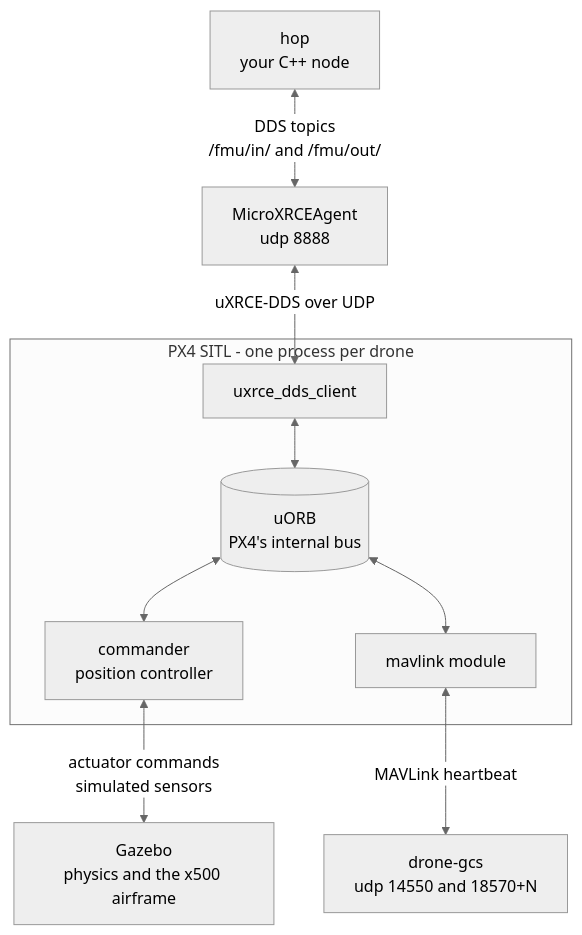
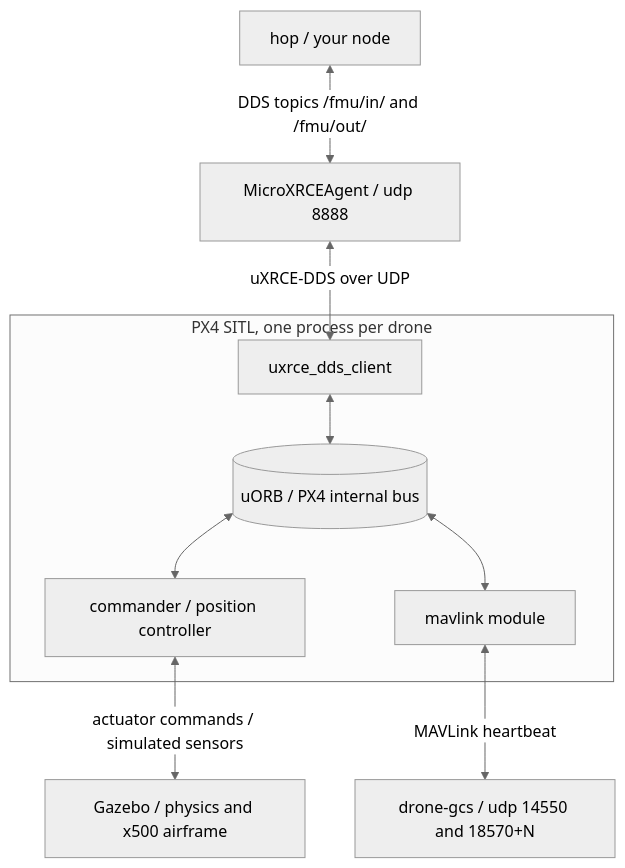
Before and after one commit to VIP-FLIE/DroneSwarming: the diagram in docs/simulation/HOW-IT-WORKS.md, drawn with Mermaid (neutral theme). The commit also changed other lines of this file and 28 other files, not shown here.

````diff
--- a/docs/simulation/HOW-IT-WORKS.md
+++ b/docs/simulation/HOW-IT-WORKS.md
@@ -47,22 +101,22 @@
 ```mermaid
 flowchart TB
-    node["hop<br/>your C++ node"]
-    agent["MicroXRCEAgent<br/>udp 8888"]
-    gcs["drone-gcs<br/>udp 14550 and 18570+N"]
-    gz["Gazebo<br/>physics and the x500 airframe"]
+    node["hop / your node"]
+    agent["MicroXRCEAgent / udp 8888"]
+    gcs["drone-gcs / udp 14550 and 18570+N"]
+    gz["Gazebo / physics and x500 airframe"]
 
-    subgraph px4 ["PX4 SITL - one process per drone"]
+    subgraph px4 ["PX4 SITL, one process per drone"]
         client["uxrce_dds_client"]
-        uorb[("uORB<br/>PX4's internal bus")]
-        stack["commander<br/>position controller"]
+        uorb[("uORB / PX4 internal bus")]
+        stack["commander / position controller"]
         mav["mavlink module"]
     end
 
-    node <-->|"DDS topics<br/>/fmu/in/ and /fmu/out/"| agent
+    node <-->|"DDS topics /fmu/in/ and /fmu/out/"| agent
     agent <-->|"uXRCE-DDS over UDP"| client
     client <--> uorb
     uorb <--> stack
     uorb <--> mav
     mav <-->|"MAVLink heartbeat"| gcs
-    stack <-->|"actuator commands<br/>simulated sensors"| gz
+    stack <-->|"actuator commands / simulated sensors"| gz
 ```
````
